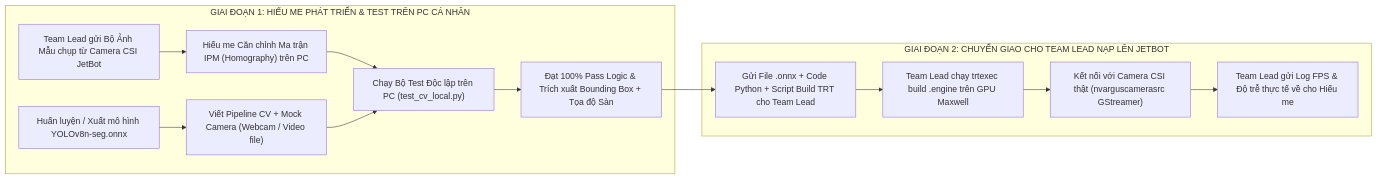
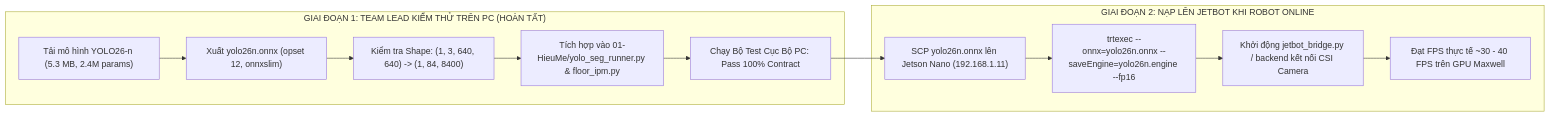
One commit to zxcvmh/CS532 changed the first of 2 diagrams in task-team/plan_computer_vision_hieume.md. Above: the diagram before and after it, drawn with Mermaid. The commit also changed other lines of this file and 13 other files, not shown here.

First line of the commit message:
feat(cv): upgrade yolo26n, floor ipm division protection, ccw azimuth and proxemics review

````diff
--- a/task-team/plan_computer_vision_hieume.md
+++ b/task-team/plan_computer_vision_hieume.md
@@ -19,16 +21,15 @@
 ```mermaid
 flowchart LR
-    subgraph PC_Phase ["GIAI ĐOẠN 1: HIẾU ME PHÁT TRIỂN & TEST TRÊN PC CÁ NHÂN"]
-        A["Team Lead gửi Bộ Ảnh Mẫu chụp từ Camera CSI JetBot"] --> B["Hiếu me Căn chỉnh Ma trận IPM (Homography) trên PC"]
-        C["Huấn luyện / Xuất mô hình YOLOv8n-seg.onnx"] --> D["Viết Pipeline CV + Mock Camera (Webcam / Video file)"]
-        B --> E["Chạy Bộ Test Độc lập trên PC (test_cv_local.py)"]
-        D --> E
-        E --> F["Đạt 100% Pass Logic & Trích xuất Bounding Box + Tọa độ Sàn"]
+    subgraph PC_Phase ["GIAI ĐOẠN 1: TEAM LEAD KIỂM THỬ TRÊN PC (HOÀN TẤT)"]
+        A["Tải mô hình YOLO26-n (5.3 MB, 2.4M params)"] --> B["Xuất yolo26n.onnx (opset 12, onnxslim)"]
+        B --> C["Kiểm tra Shape: (1, 3, 640, 640) -> (1, 84, 8400)"]
+        C --> D["Tích hợp vào 01-HieuMe/yolo_seg_runner.py & floor_ipm.py"]
+        D --> E["Chạy Bộ Test Cục Bộ PC: Pass 100% Contract"]
     end
-    subgraph Jetson_Phase ["GIAI ĐOẠN 2: CHUYỂN GIAO CHO TEAM LEAD NẠP LÊN JETBOT"]
-        F --> G["Gửi File .onnx + Code Python + Script Build TRT cho Team Lead"]
-        G --> H["Team Lead chạy trtexec build .engine trên GPU Maxwell"]
-        H --> I["Kết nối với Camera CSI thật (nvarguscamerasrc GStreamer)"]
-        I --> J["Team Lead gửi Log FPS & Độ trễ thực tế về cho Hiếu me"]
+    subgraph Jetson_Phase ["GIAI ĐOẠN 2: NẠP LÊN JETBOT KHI ROBOT ONLINE"]
+        E --> F["SCP yolo26n.onnx lên Jetson Nano (192.168.1.11)"]
+        F --> G["trtexec --onnx=yolo26n.onnx --saveEngine=yolo26n.engine --fp16"]
+        G --> H["Khởi động jetbot_bridge.py / backend kết nối CSI Camera"]
+        H --> I["Đạt FPS thực tế ~30 - 40 FPS trên GPU Maxwell"]
     end
 ```
````
